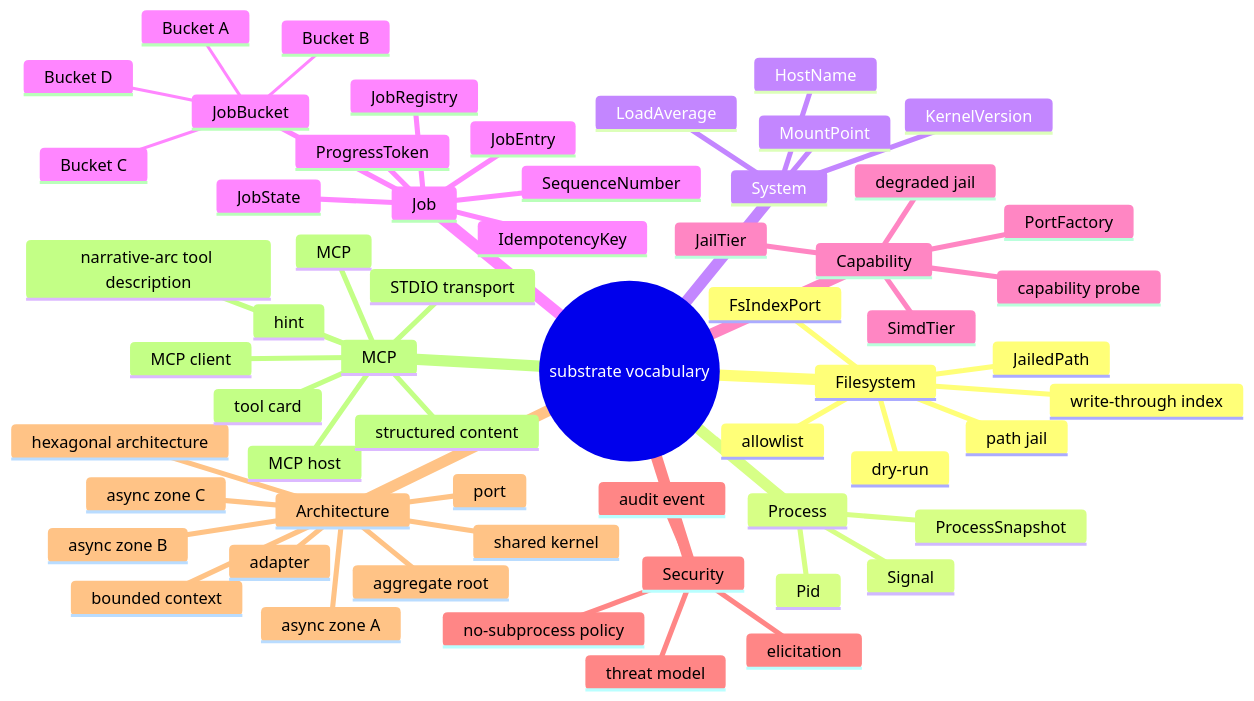
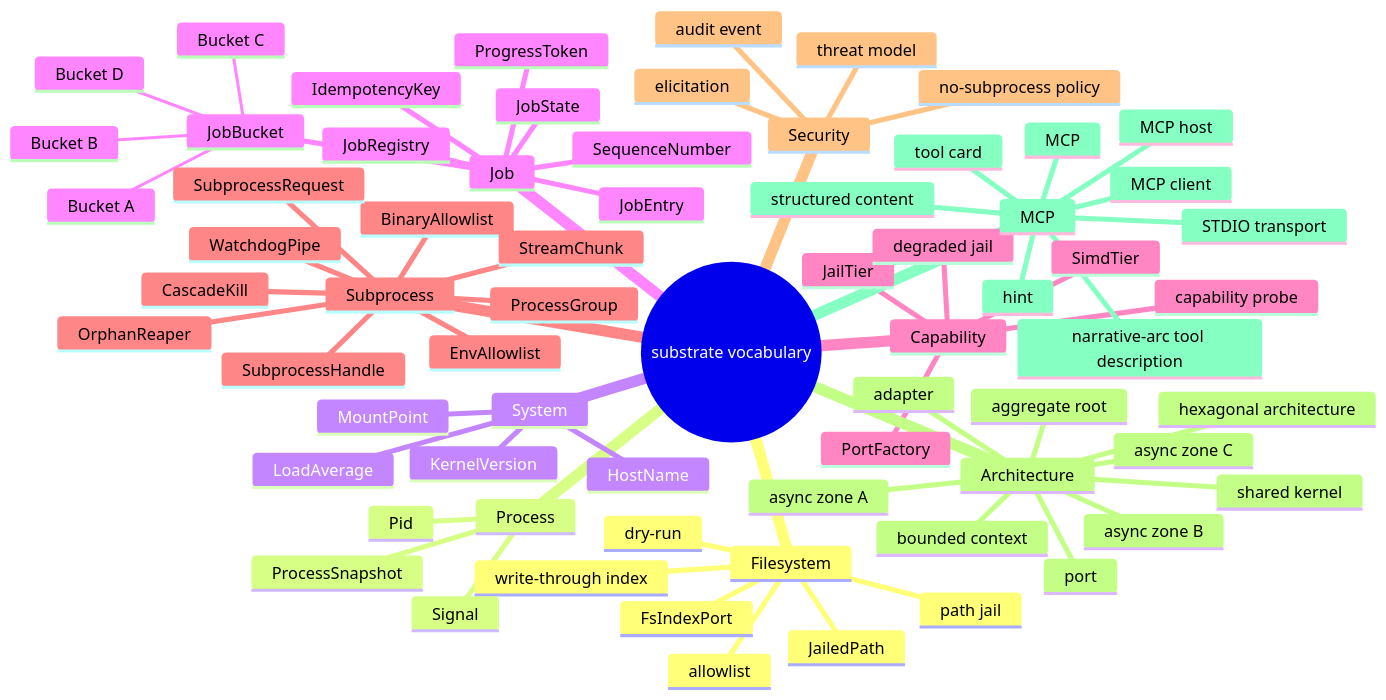
One commit to farchanjo/substrate changed the diagram in docs/arch/glossary.md. Above: the diagram before and after it, drawn with Mermaid. The commit also changed other lines of this file and 23 other files, not shown here.

````diff
--- a/docs/arch/glossary.md
+++ b/docs/arch/glossary.md
@@ -8,62 +8,72 @@
 ```mermaid
 mindmap
   root((substrate vocabulary))
     Filesystem
       JailedPath
       allowlist
       path jail
       dry-run
       write-through index
       FsIndexPort
     Process
       Pid
       ProcessSnapshot
       Signal
     System
       KernelVersion
       HostName
       MountPoint
       LoadAverage
     Job
       JobState
       JobEntry
       JobRegistry
       JobBucket
         Bucket A
         Bucket B
         Bucket C
         Bucket D
       IdempotencyKey
       ProgressToken
       SequenceNumber
     Capability
       SimdTier
       JailTier
       PortFactory
       capability probe
       degraded jail
+    Subprocess
+      BinaryAllowlist
+      EnvAllowlist
+      SubprocessRequest
+      SubprocessHandle
+      StreamChunk
+      ProcessGroup
+      CascadeKill
+      WatchdogPipe
+      OrphanReaper
     Security
       elicitation
       audit event
       no-subprocess policy
       threat model
     Architecture
       bounded context
       aggregate root
       port
       adapter
       hexagonal architecture
       shared kernel
       async zone A
       async zone B
       async zone C
     MCP
       MCP
       MCP client
       MCP host
       STDIO transport
       narrative-arc tool description
       structured content
       hint
       tool card
 ```
````
